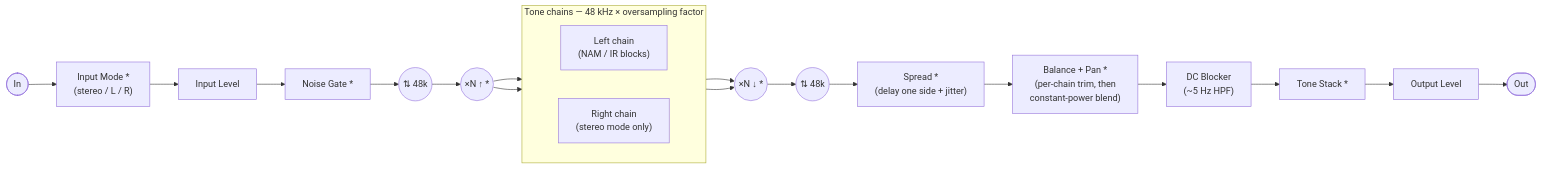
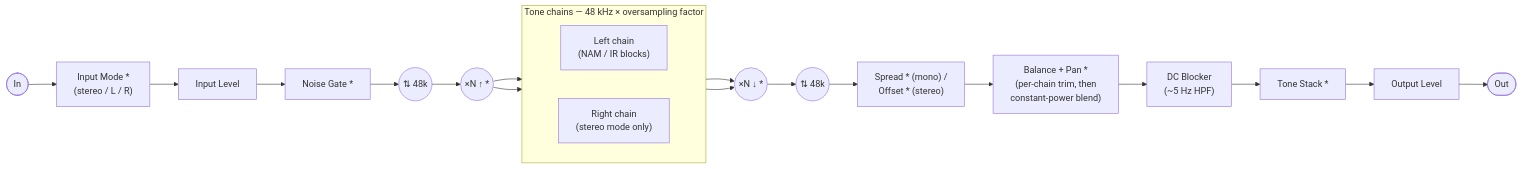
One commit to tone-3000/tone3000-plugin changed the first of 2 diagrams in README.md. Above: the diagram before and after it, drawn with Mermaid. The commit also changed other lines of this file and 36 other files, not shown here.

````diff
--- a/README.md
+++ b/README.md
@@ -191,24 +191,24 @@
 ```mermaid
 flowchart LR
     IN([In]) --> IM["Input Mode&nbsp;*<br/>(stereo / L / R)"]
     IM --> IG["Input Level"]
     IG --> GATE["Noise Gate&nbsp;*"]
     GATE --> RS(("⇅ 48k"))
     RS --> OS(("×N ↑&nbsp;*"))
     subgraph CHAINS["Tone chains — 48 kHz × oversampling factor"]
         direction LR
         CL["Left chain<br/>(NAM / IR blocks)"]
         CR["Right chain<br/>(stereo mode only)"]
     end
     OS --> CL
     OS --> CR
     CL --> OS2(("×N ↓&nbsp;*"))
     CR --> OS2
     OS2 --> RS2(("⇅ 48k"))
-    RS2 --> SPREAD["Spread&nbsp;*<br/>(delay one side + jitter)"]
-    SPREAD --> PAN["Balance + Pan&nbsp;*<br/>(per-chain trim, then<br/>constant-power blend)"]
+    RS2 --> IMAGE["Spread&nbsp;* (mono) /<br/>Offset&nbsp;* (stereo)"]
+    IMAGE --> PAN["Balance + Pan&nbsp;*<br/>(per-chain trim, then<br/>constant-power blend)"]
     PAN --> DCB["DC Blocker<br/>(~5 Hz HPF)"]
     DCB --> TS["Tone Stack&nbsp;*"]
     TS --> OG["Output Level"]
     OG --> OUT([Out])
 ```
````
